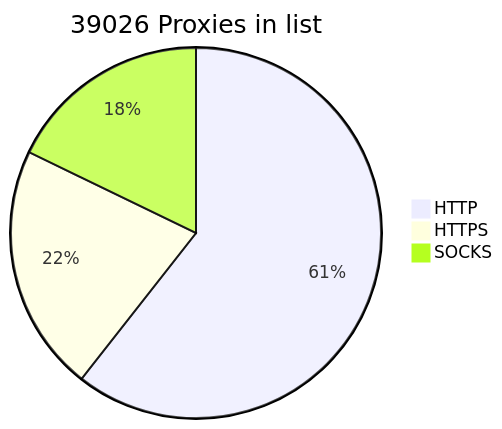
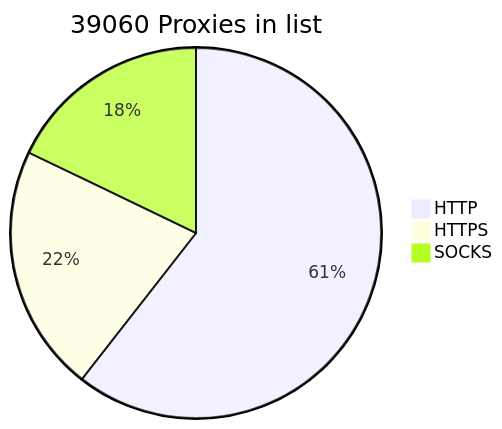
One commit to BlackSnowDot/proxylist-update-every-minute changed the diagram in README.md. Above: the diagram before and after it, drawn with Mermaid.

````diff
--- a/README.md
+++ b/README.md
@@ -2,6 +2,6 @@
 ```mermaid
-pie title 39026 Proxies in list
-    "HTTP" : 27637
-    "HTTPS": 9846
-    "SOCKS" : 8130
+pie title 39060 Proxies in list
+    "HTTP" : 27641
+    "HTTPS": 9854
+    "SOCKS" : 8155
 ```
````
